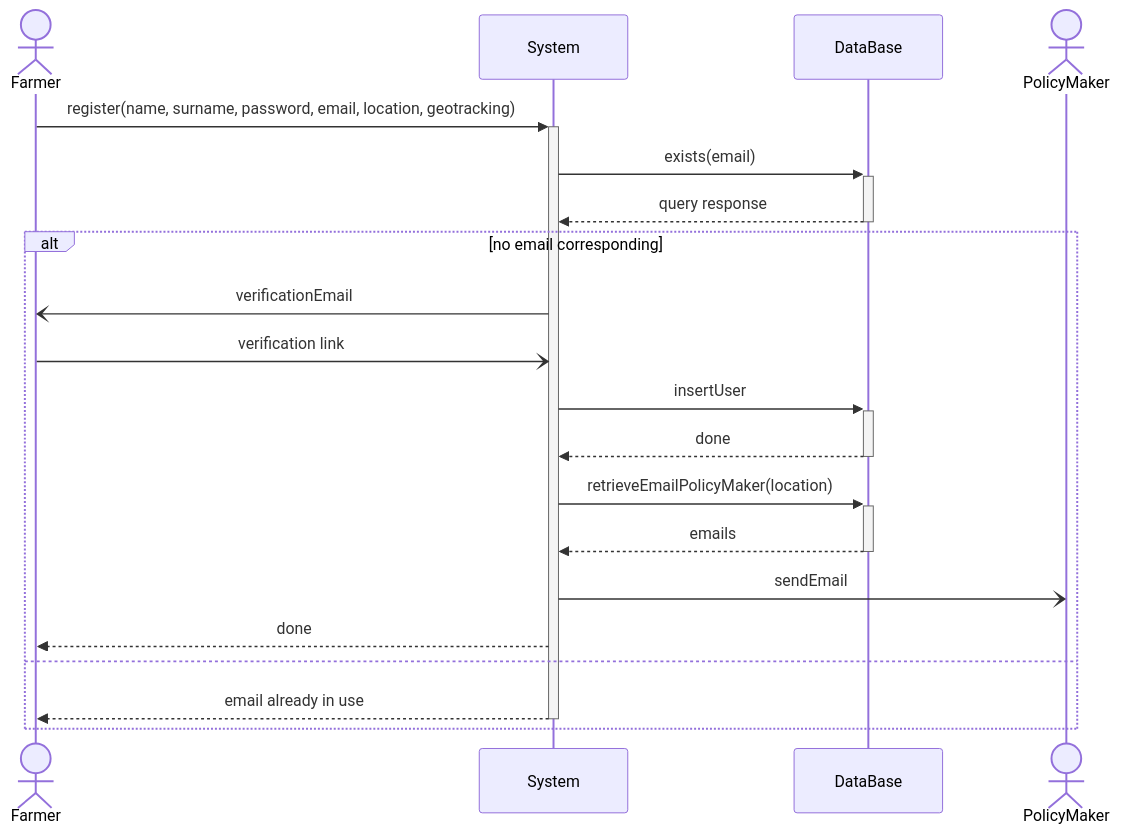
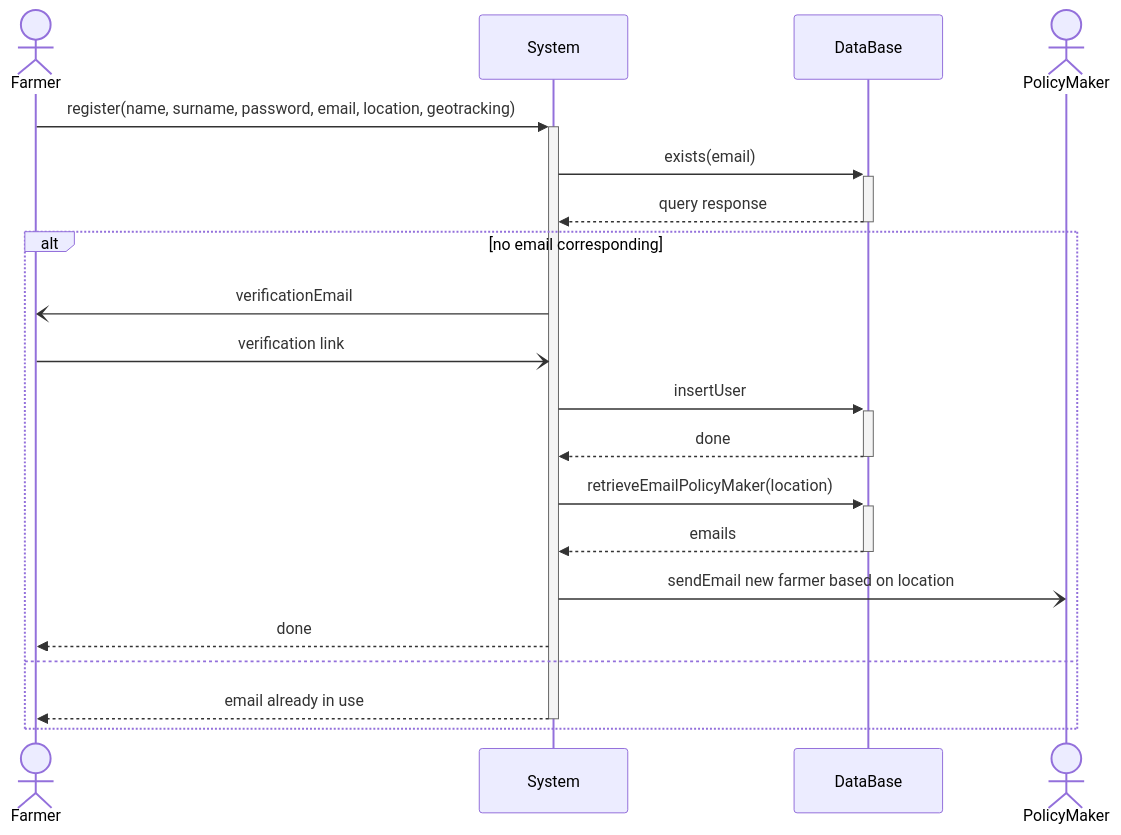
The first of 5 diagrams in DeliveryFolder/UML.md (thekalipo/DeParcevauxPouliquen), drawn with Mermaid before and after one commit. The commit also changed other lines of this file and 6 other files, not shown here.

````diff
--- a/DeliveryFolder/UML.md
+++ b/DeliveryFolder/UML.md
@@ -3,22 +3,22 @@
 ```mermaid
 sequenceDiagram
     actor Farmer
     participant System
     participant DataBase
     actor PolicyMaker
     Farmer->>+System: register(name, surname, password, email, location, geotracking)
     System->>+DataBase: exists(email)
     DataBase-->>-System: query response
     alt no email corresponding
         System-)Farmer: verificationEmail
         Farmer-)System: verification link
         System->>+DataBase: insertUser
         DataBase-->>-System: done
         System->>+DataBase: retrieveEmailPolicyMaker(location)
         DataBase-->>-System: emails
-        System-)PolicyMaker: sendEmail
+        System-)PolicyMaker: sendEmail new farmer based on location
         System-->>Farmer: done
     else
         System-->>-Farmer: email already in use
     end
 ```
````
